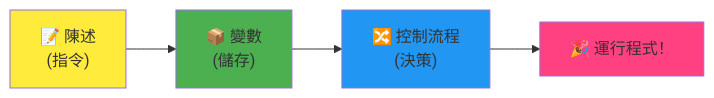
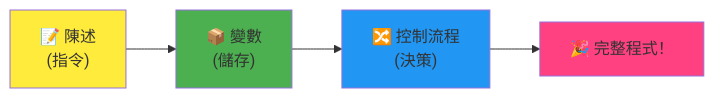
Before and after one commit to microsoft/Web-Dev-For-Beginners: the fourth of 7 diagrams in translations/zh-MO/1-getting-started-lessons/1-intro-to-programming-languages/README.md, drawn with Mermaid. The commit also changed other lines of this file and 8 other files, not shown here.

````diff
--- a/translations/zh-MO/1-getting-started-lessons/1-intro-to-programming-languages/README.md
+++ b/translations/zh-MO/1-getting-started-lessons/1-intro-to-programming-languages/README.md
@@ -466,9 +466,9 @@
 ```mermaid
 flowchart LR
-    A["📝 陳述<br/>(指令)"] --> B["📦 變數<br/>(儲存)"] --> C["🔀 控制流程<br/>(決策)"] --> D["🎉 運行程式！"]
+    A["📝 陳述<br/>(指令)"] --> B["📦 變數<br/>(儲存)"] --> C["🔀 控制流程<br/>(決策)"] --> D["🎉 完整程式！"]
     
     style A fill:#ffeb3b
     style B fill:#4caf50
     style C fill:#2196f3
     style D fill:#ff4081
 ```
````
